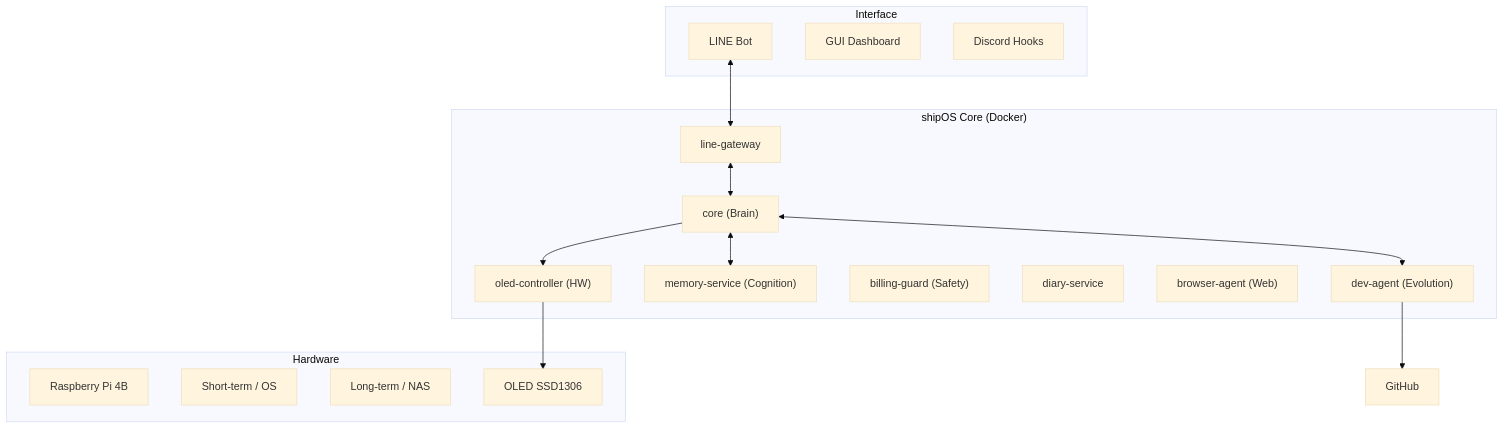
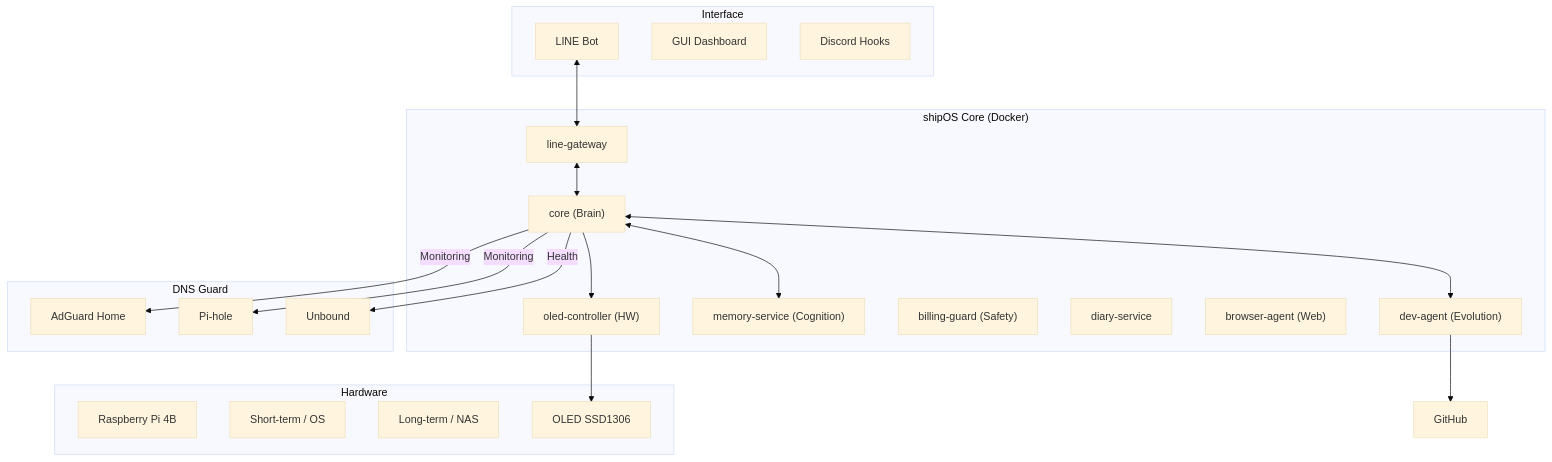
One commit to Aynyan2828/autonomous-ai-bcnofne-v3 changed the diagram in README.md. Above: the diagram before and after it, drawn with Mermaid (base theme). The commit also changed other lines of this file and 10 other files, not shown here.

Commit message:
feat: integrate DNS monitoring for AdGuard Home, Pi-hole, and Unbound

````diff
--- a/README.md
+++ b/README.md
@@ -66,32 +67,41 @@
 ```mermaid
 graph TB
     subgraph "Interface"
         LINE[LINE Bot]
         Web[GUI Dashboard]
         Discord[Discord Hooks]
     end
 
     subgraph "shipOS Core (Docker)"
         Core["core (Brain)"]
         DA["dev-agent (Evolution)"]
         MS["memory-service (Cognition)"]
         LG["line-gateway"]
         BG["billing-guard (Safety)"]
         DS["diary-service"]
         BA["browser-agent (Web)"]
         OLED["oled-controller (HW)"]
     end
 
     subgraph "Hardware"
         Pi[Raspberry Pi 4B]
         SSD[Short-term / OS]
         HDD[Long-term / NAS]
         Disp[OLED SSD1306]
     end
 
+    subgraph "DNS Guard"
+        AGH[AdGuard Home]
+        PH[Pi-hole]
+        UB[Unbound]
+    end
+
     LINE <--> LG <--> Core
     Core <--> MS
     Core <--> DA
     DA --> GitHub
     Core --> OLED --> Disp
+    Core -- Monitoring --> AGH
+    Core -- Monitoring --> PH
+    Core -- Health --> UB
 ```
````
